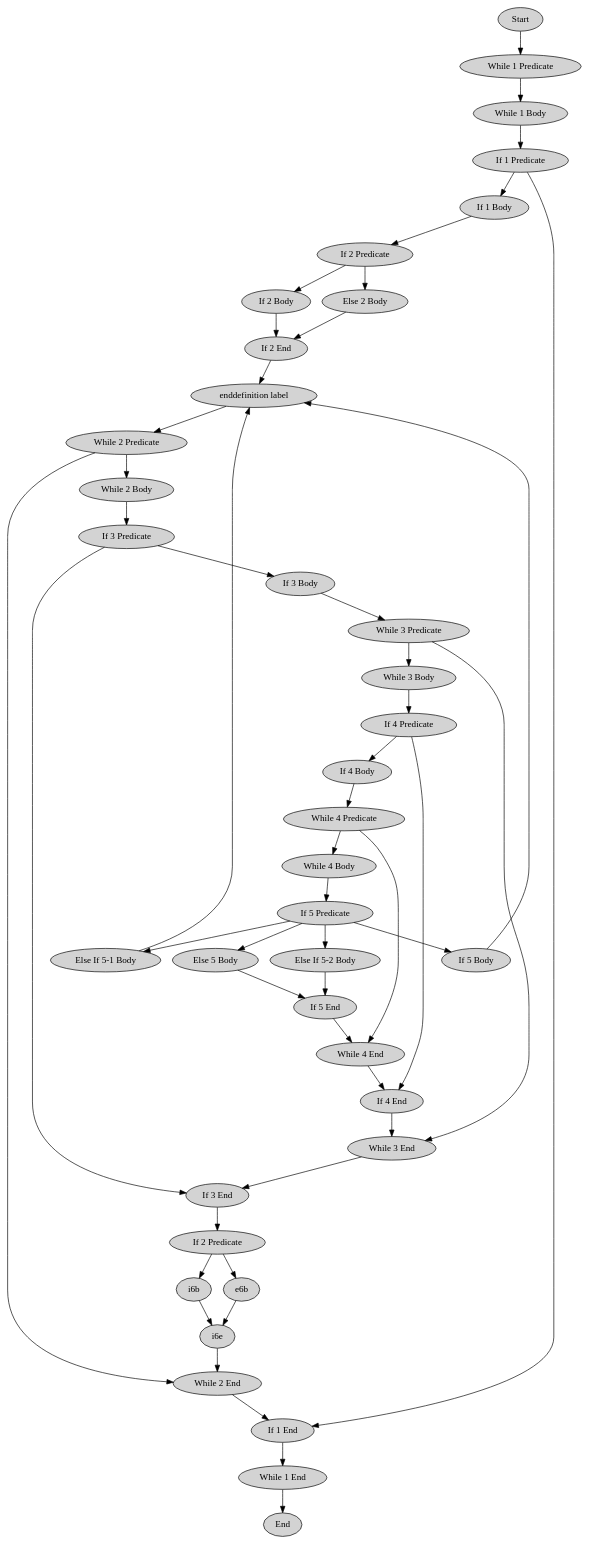
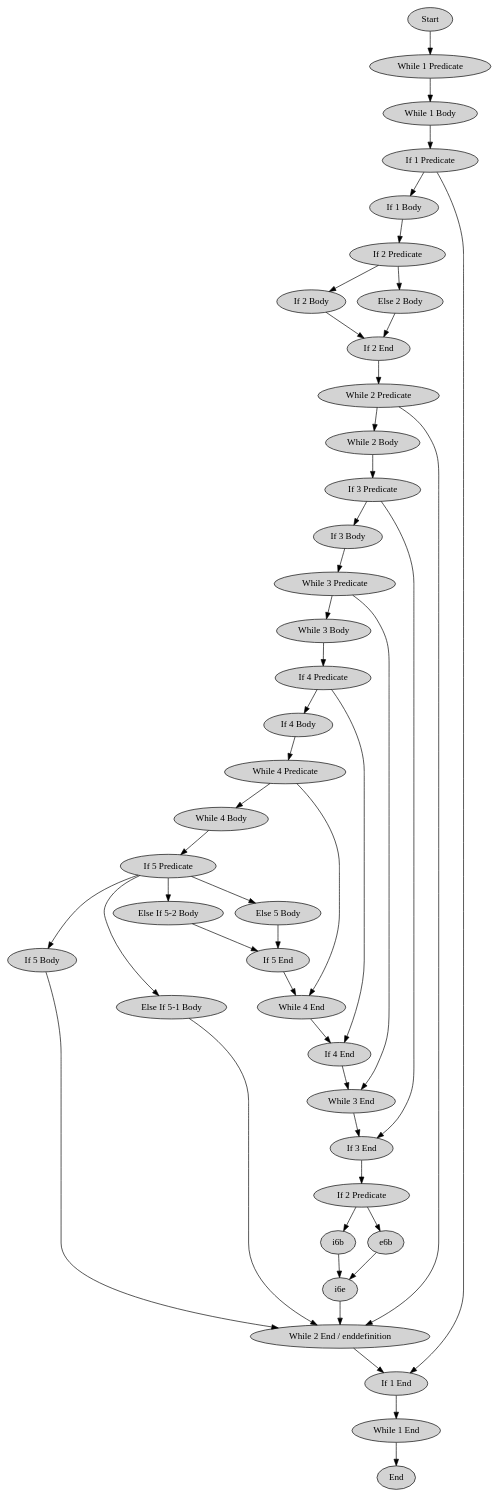
The diagram in papers/final/takai-jones-control-flow/diagram.dot (seanfisk/cpg-islands), drawn with Graphviz before and after one commit. The commit also changed 3 other files, not shown here.

Commit message:
Revise calculations, remove no goto diagram.

```diff
--- a/papers/final/takai-jones-control-flow/diagram.dot
+++ b/papers/final/takai-jones-control-flow/diagram.dot
@@ -1,104 +1,101 @@
 // This is a control flow graph of the Takai-Jones script taking
 // `last' commands (basically gotos) into account.
 digraph CpGTakaiJones {
         node [style=filled,fillcolor=lightgray];
         start [label="Start"];
 
         w1p [label="While 1 Predicate"];
         w1b [label="While 1 Body"];
         w1e [label="While 1 End"];
 
         w2p [label="While 2 Predicate"];
         w2b [label="While 2 Body"];
-        w2e [label="While 2 End"];
+        w2e_enddefinition [label="While 2 End / enddefinition"];
 
         w3p [label="While 3 Predicate"];
         w3b [label="While 3 Body"];
         w3e [label="While 3 End"];
 
         w4p [label="While 4 Predicate"];
         w4b [label="While 4 Body"];
         w4e [label="While 4 End"];
 
         i1p [label="If 1 Predicate"];
         i1b [label="If 1 Body"];
         i1e [label="If 1 End"];
 
         i2p [label="If 2 Predicate"];
         i2b [label="If 2 Body"];
         e2b [label="Else 2 Body"];
         i2e [label="If 2 End"];
-
-        enddefinition [label="enddefinition label"];
 
         i3p [label="If 3 Predicate"];
         i3b [label="If 3 Body"];
         i3e [label="If 3 End"];
 
         i4p [label="If 4 Predicate"];
         i4b [label="If 4 Body"];
         i4e [label="If 4 End"];
 
         i5p [label="If 5 Predicate"];
         i5b [label="If 5 Body"];
         ei5_1b [label="Else If 5-1 Body"];
         ei5_2b [label="Else If 5-2 Body"];
         e5b [label="Else 5 Body"];
         i5e [label="If 5 End"];
 
         i6p [label="If 2 Predicate"];
         i2b [label="If 2 Body"];
         e2b [label="Else 2 Body"];
         i2e [label="If 2 End"];
 
         end [label="End"];
 
         start -> w1p;
         w1p -> w1b;
         w1b -> i1p
         i1p -> i1b
         i1p -> i1e
         i1b -> i2p
         i2p -> i2b
         i2p -> e2b
         i2b -> i2e
         e2b -> i2e
-        i2e -> enddefinition
-        enddefinition -> w2p
+        i2e -> w2p
         w2p -> w2b
-        w2p -> w2e
+        w2p -> w2e_enddefinition
         w2b -> i3p
         i3p -> i3b
         i3p -> i3e
         i3b -> w3p
         w3p -> w3b
         w3p -> w3e
         w3b -> i4p
         i4p -> i4b
         i4p -> i4e
         i4b -> w4p
         w4p -> w4b
         w4p -> w4e
         w4b -> i5p
         i5p -> i5b
         i5p -> ei5_1b
         i5p -> ei5_2b
         i5p -> e5b
-        i5b  -> enddefinition
-        ei5_1b -> enddefinition
+        i5b  -> w2e_enddefinition
+        ei5_1b -> w2e_enddefinition
         ei5_2b -> i5e
         e5b -> i5e
         i5e -> w4e
         w4e -> i4e
         i4e -> w3e
         w3e -> i3e
         i3e -> i6p
         i6p -> i6b
         i6p -> e6b
         i6b -> i6e
         e6b -> i6e
-        i6e -> w2e
-        w2e -> i1e
+        i6e -> w2e_enddefinition
+        w2e_enddefinition -> i1e
         i1e -> w1e
         w1e -> end
 }
```
